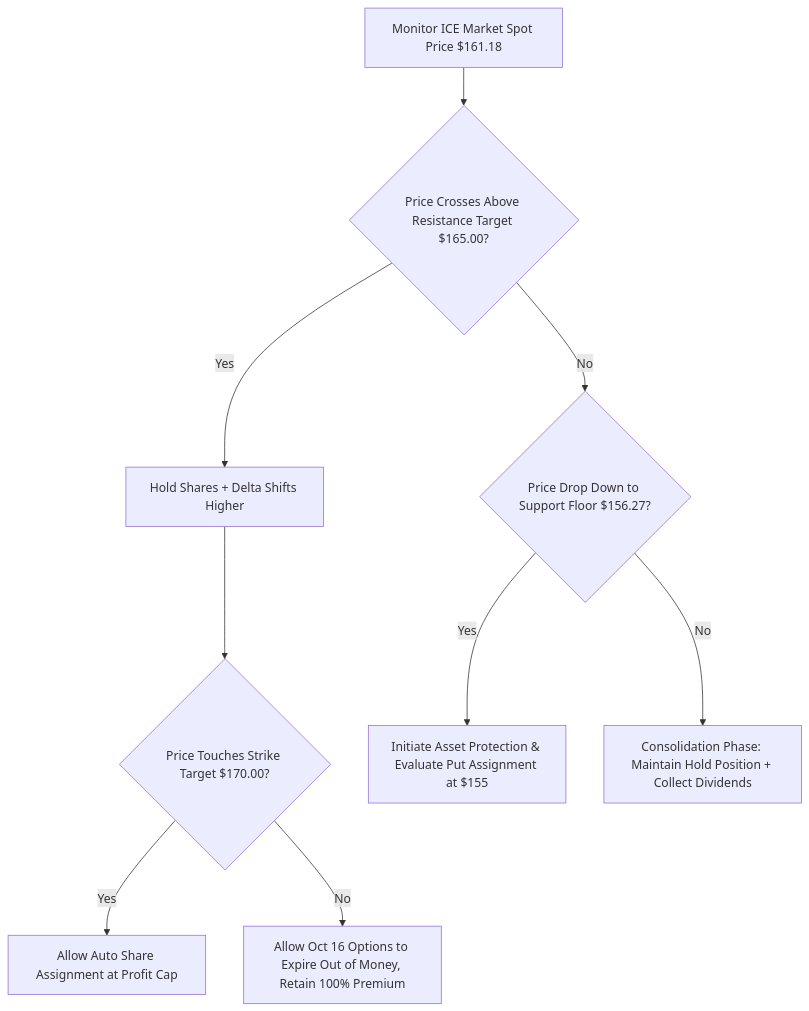
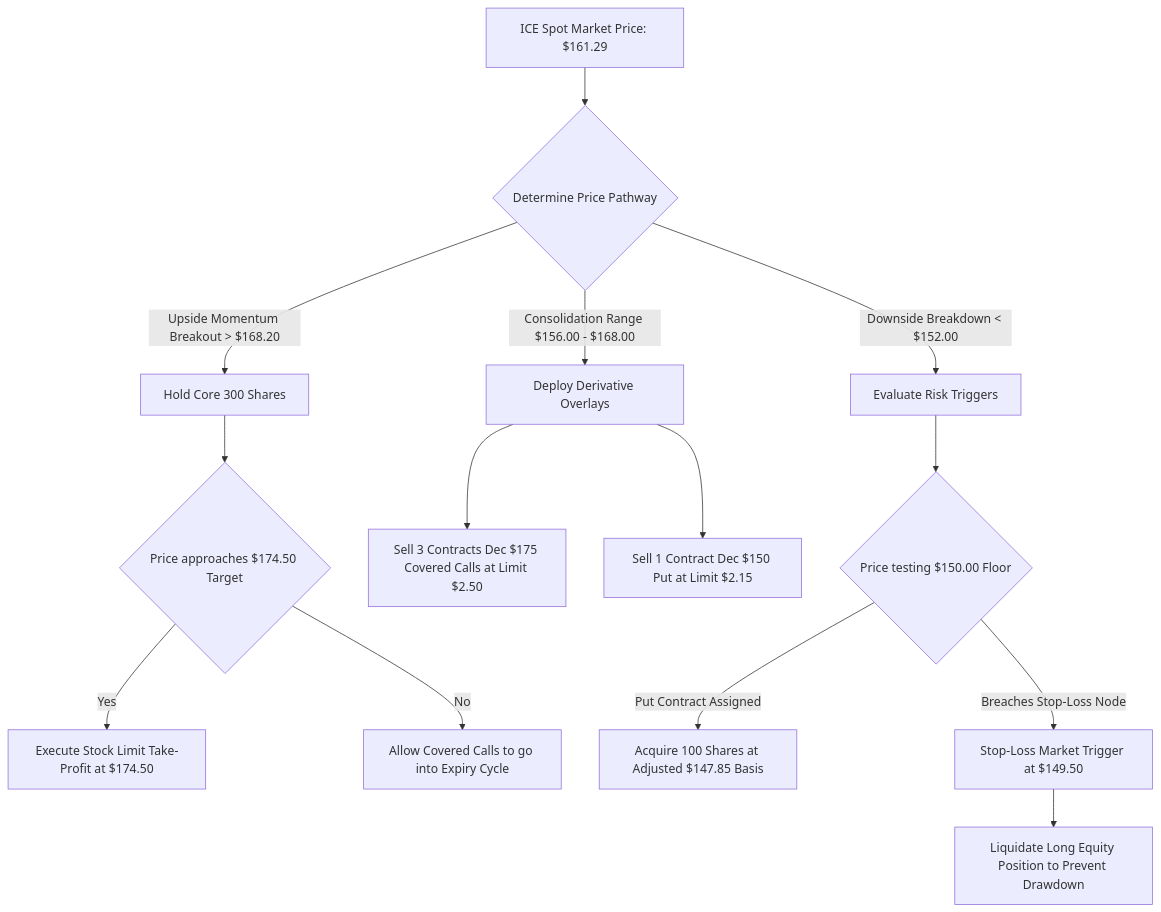
Before and after one commit to ray-oh/portal: the diagram in docs/ICE.md, drawn with Mermaid. The commit also changed other lines of this file, not shown here.

Commit message:
[Update] Automated upload via ChatFlow - docs/ICE.md

````diff
--- a/docs/ICE.md
+++ b/docs/ICE.md
@@ -44,11 +43,16 @@
-```mermaid
+``` mermaid
 graph TD
-A[Monitor ICE Market Spot Price $161.18] --> B{Price Crosses Above Resistance Target $165.00?}
-B -- Yes --> C[Hold Shares + Delta Shifts Higher]
-C --> D{Price Touches Strike Target $170.00?}
-D -- Yes --> E[Allow Auto Share Assignment at Profit Cap]
-D -- No --> F[Allow Oct 16 Options to Expire Out of Money, Retain 100% Premium]
-B -- No --> G{Price Drop Down to Support Floor $156.27?}
-G -- Yes --> H[Initiate Asset Protection & Evaluate Put Assignment at $155]
-G -- No --> I[Consolidation Phase: Maintain Hold Position + Collect Dividends]
+A[ICE Spot Market Price: $161.29] --> B{Determine Price Pathway}
+B -->|Upside Momentum Breakout > $168.20| C[Hold Core 300 Shares]
+C --> C1{Price approaches $174.50 Target}
+C1 -->|Yes| C2[Execute Stock Limit Take-Profit at $174.50]
+C1 -->|No| C3[Allow Covered Calls to go into Expiry Cycle]
+B -->|Consolidation Range $156.00 - $168.00| D[Deploy Derivative Overlays]
+D --> D1[Sell 3 Contracts Dec $175 Covered Calls at Limit $2.50]
+D --> D2[Sell 1 Contract Dec $150 Put at Limit $2.15]
+B -->|Downside Breakdown < $152.00| E[Evaluate Risk Triggers]
+E --> E1{Price testing $150.00 Floor}
+E1 -->|Put Contract Assigned| E2[Acquire 100 Shares at Adjusted $147.85 Basis]
+E1 -->|Breaches Stop-Loss Node| E3[Stop-Loss Market Trigger at $149.50]
+E3 --> E4[Liquidate Long Equity Position to Prevent Drawdown]
 ```
````
